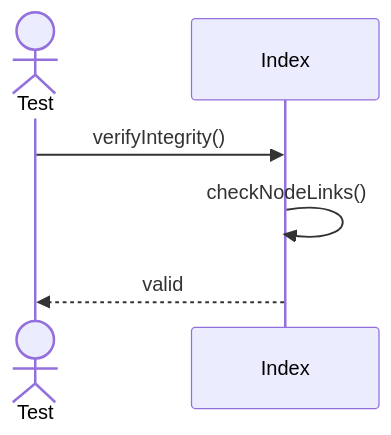
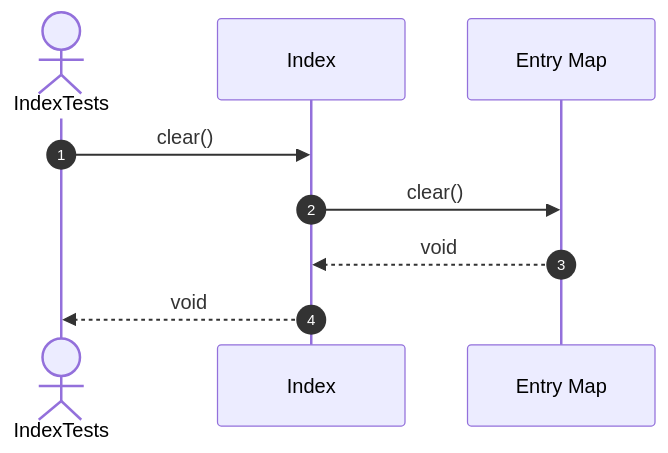
One commit to FhuAnn/-bbv-AN-s-DBMS changed diagram 13 of 15 in src/tests/unit/metadata/sequences/indexs-testing.se.md. Above: the diagram before and after it, drawn with Mermaid. The commit also changed other lines of this file and 60 other files, not shown here.

Commit message:
refactor data table, row, column, constraint, index test file

````diff
--- a/src/tests/unit/metadata/sequences/indexs-testing.se.md
+++ b/src/tests/unit/metadata/sequences/indexs-testing.se.md
@@ -323,9 +214,12 @@
 ```mermaid
 sequenceDiagram
-actor Test
-participant Index
+    autonumber
+    actor Test as IndexTests
+    participant Index as Index
+    participant Entries as Entry Map
 
-Test->>Index: verifyIntegrity()
-Index->>Index: checkNodeLinks()
-Index-->>Test: valid
+    Test->>Index: clear()
+    Index->>Entries: clear()
+    Entries-->>Index: void
+    Index-->>Test: void
 ```
````
